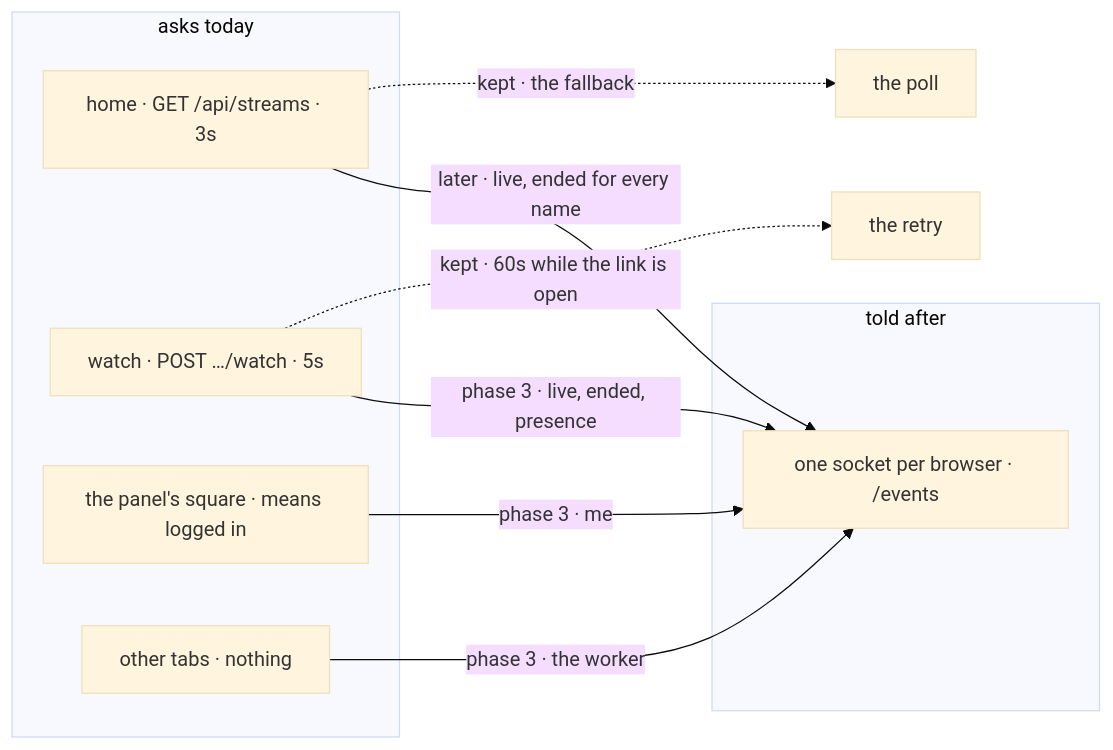
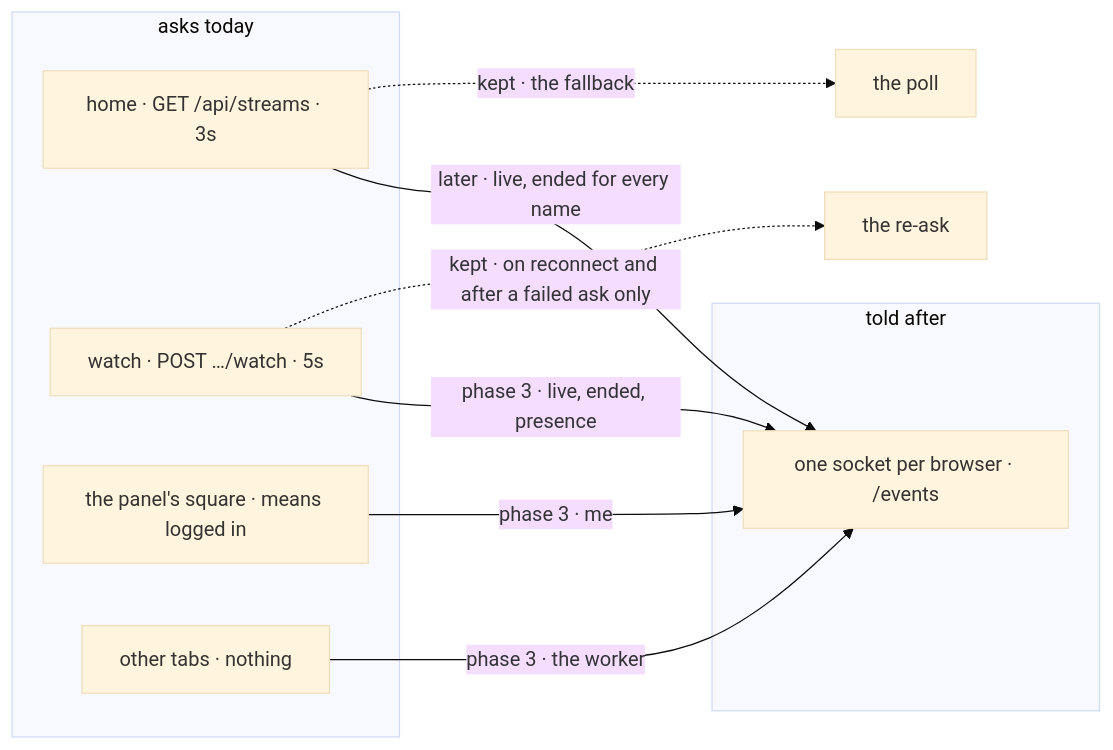
Before and after one commit to ZeroNerodaHero/slop-stream-architecture: the first of 2 diagrams in docs/transition.md, drawn with Mermaid (base theme). The commit also changed other lines of this file and 13 other files, not shown here.

````diff
--- a/docs/transition.md
+++ b/docs/transition.md
@@ -52,18 +52,18 @@
 ```mermaid
 flowchart LR
   subgraph today["asks today"]
     h["home · GET /api/streams · 3s"]
     w["watch · POST …/watch · 5s"]
     sq["the panel's square · means logged in"]
     tabs["other tabs · nothing"]
   end
   subgraph after["told after"]
     ev["one socket per browser · /events"]
   end
   w -->|"phase 3 · live, ended, presence"| ev
   sq -->|"phase 3 · me"| ev
   tabs -->|"phase 3 · the worker"| ev
   h -->|"later · live, ended for every name"| ev
-  w -.->|"kept · 60s while the link is open"| wf["the retry"]
+  w -.->|"kept · on reconnect and after a failed ask only"| wf["the re-ask"]
   h -.->|"kept · the fallback"| hf["the poll"]
 ```
````
